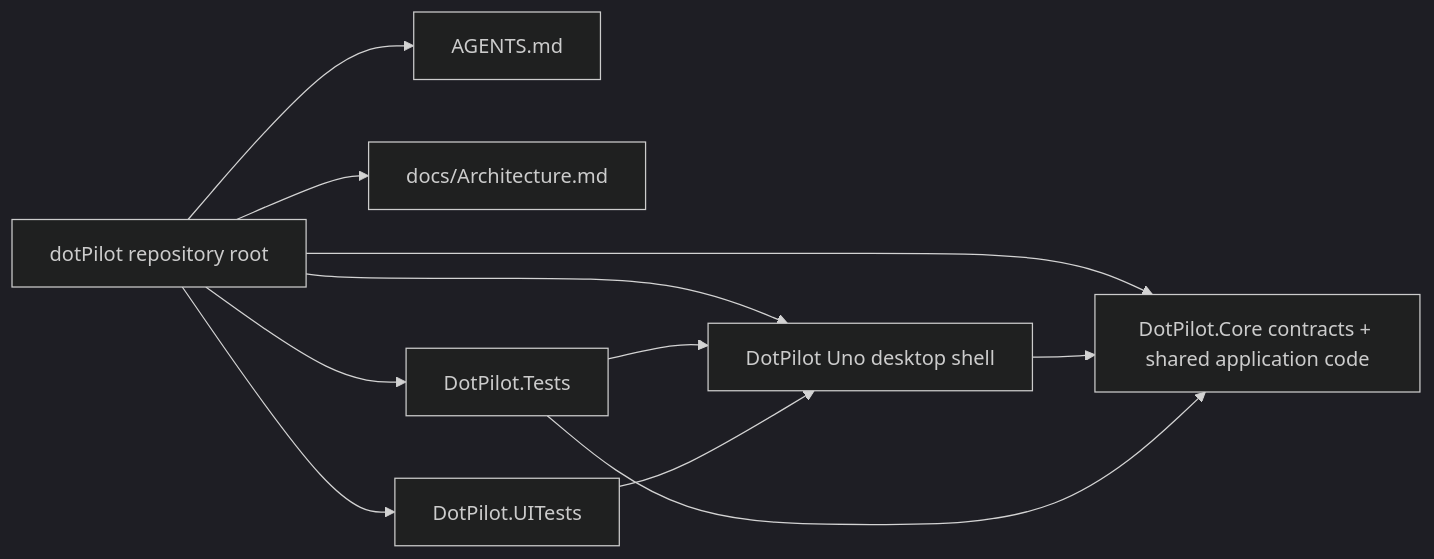
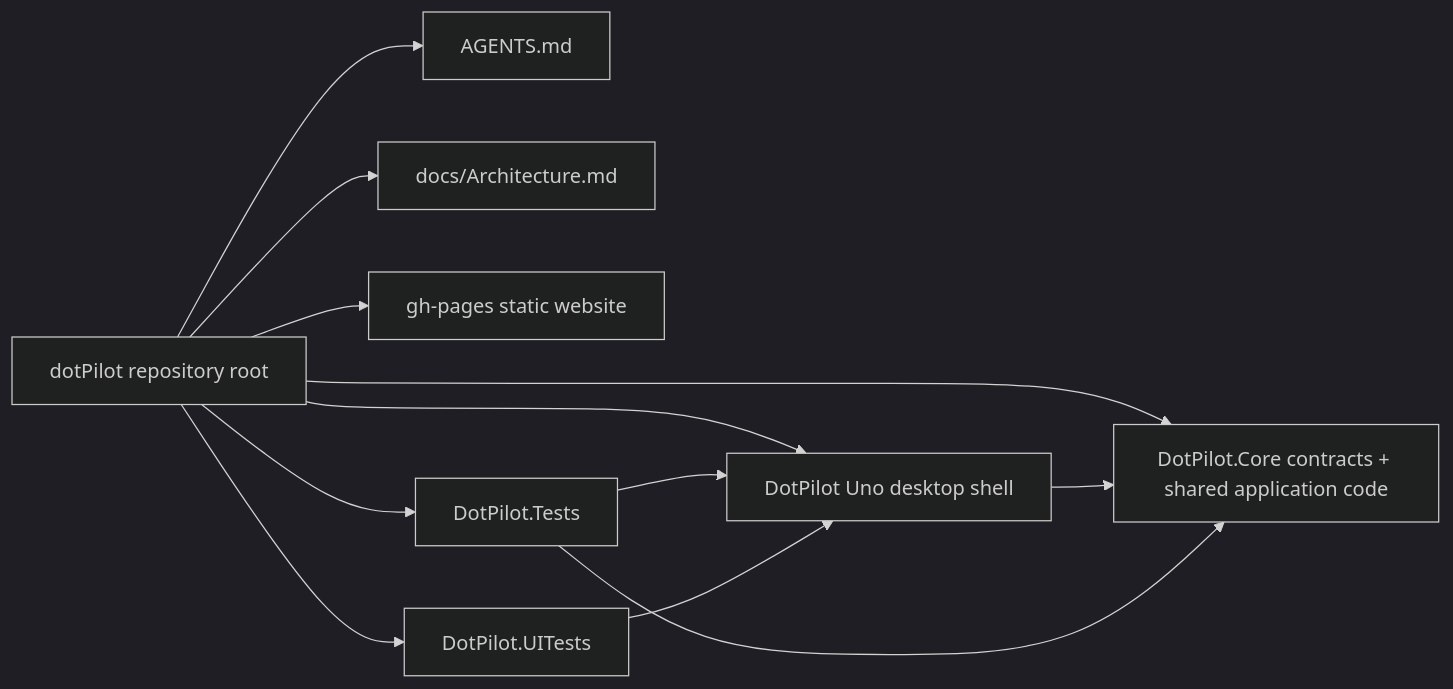
One commit to managedcode/dotPilot changed the first of 4 diagrams in docs/Architecture.md. Above: the diagram before and after it, drawn with Mermaid (dark theme). The commit also changed other lines of this file and 5 other files, not shown here.

````diff
--- a/docs/Architecture.md
+++ b/docs/Architecture.md
@@ -28,21 +29,23 @@
 ```mermaid
 flowchart LR
   Root["dotPilot repository root"]
   Governance["AGENTS.md"]
   Architecture["docs/Architecture.md"]
+  Site["gh-pages static website"]
   Ui["DotPilot Uno desktop shell"]
   Core["DotPilot.Core contracts + shared application code"]
   Unit["DotPilot.Tests"]
   UiTests["DotPilot.UITests"]
 
   Root --> Governance
   Root --> Architecture
+  Root --> Site
   Root --> Ui
   Root --> Core
   Root --> Unit
   Root --> UiTests
   Ui --> Core
   Unit --> Ui
   Unit --> Core
   UiTests --> Ui
 ```
````
